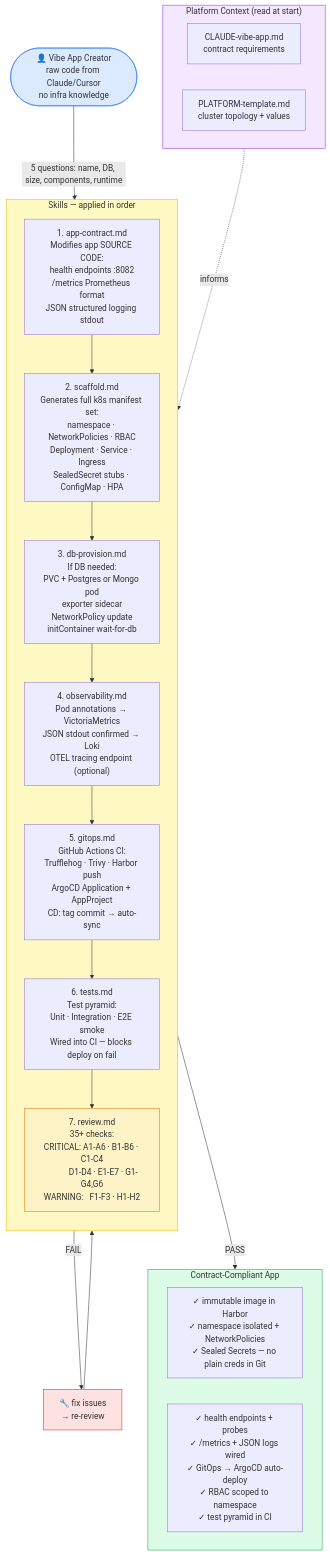
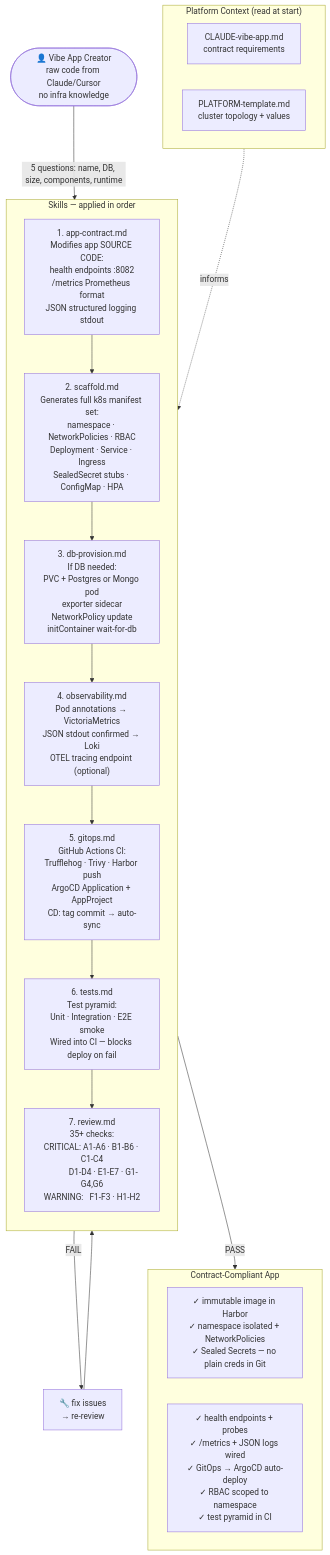
One commit to lorenzogirardi/website changed the sixth of 6 diagrams in content/posts/ai-agentic-development-changes-who-builds-software-and-thats-an-infrastructure-problem.md. Above: the diagram before and after it, drawn with Mermaid. The commit also changed other lines of this file, not shown here.

````diff
--- a/content/posts/ai-agentic-development-changes-who-builds-software-and-thats-an-infrastructure-problem.md
+++ b/content/posts/ai-agentic-development-changes-who-builds-software-and-thats-an-infrastructure-problem.md
@@ -1179,51 +1157,45 @@
 ```mermaid
 flowchart TD
     input(["👤 Vibe App Creator<br/>raw code from Claude/Cursor<br/>no infra knowledge"])
 
     subgraph context["Platform Context (read at start)"]
         cv["CLAUDE-vibe-app.md<br/>contract requirements"]
         pt["PLATFORM-template.md<br/>cluster topology + values"]
     end
 
     input -->|"5 questions: name, DB, size, components, runtime"| s1
 
     subgraph skills["Skills — applied in order"]
         direction TB
 
         s0["1. app-contract.md<br/>Modifies app SOURCE CODE:<br/>health endpoints :8082<br/>/metrics Prometheus format<br/>JSON structured logging stdout"]
 
         s1["2. scaffold.md<br/>Generates full k8s manifest set:<br/>namespace · NetworkPolicies · RBAC<br/>Deployment · Service · Ingress<br/>SealedSecret stubs · ConfigMap · HPA"]
 
         s2["3. db-provision.md<br/>If DB needed:<br/>PVC + Postgres or Mongo pod<br/>exporter sidecar<br/>NetworkPolicy update<br/>initContainer wait-for-db"]
 
         s3["4. observability.md<br/>Pod annotations → VictoriaMetrics<br/>JSON stdout confirmed → Loki<br/>OTEL tracing endpoint (optional)"]
 
         s4["5. gitops.md<br/>GitHub Actions CI:<br/>Trufflehog · Trivy · Harbor push<br/>ArgoCD Application + AppProject<br/>CD: tag commit → auto-sync"]
 
         s_tests["6. tests.md<br/>Test pyramid:<br/>Unit · Integration · E2E smoke<br/>Wired into CI — blocks deploy on fail"]
 
         s5["7. review.md<br/>35+ checks:<br/>CRITICAL: A1-A6 · B1-B6 · C1-C4<br/>           D1-D4 · E1-E7 · G1-G4,G6<br/>WARNING:   F1-F3 · H1-H2"]
 
         s0 --> s1 --> s2 --> s3 --> s4 --> s_tests --> s5
     end
 
     s5 -->|FAIL| fix["🔧 fix issues<br/>→ re-review"]
     fix --> s5
 
     s5 -->|PASS| output
 
     subgraph output["Contract-Compliant App"]
         direction LR
         o1["✓ immutable image in Harbor<br/>✓ namespace isolated + NetworkPolicies<br/>✓ Sealed Secrets — no plain creds in Git"]
         o2["✓ health endpoints + probes<br/>✓ /metrics + JSON logs wired<br/>✓ GitOps → ArgoCD auto-deploy<br/>✓ RBAC scoped to namespace<br/>✓ test pyramid in CI"]
     end
 
     context -.->|informs| skills
 
-    style input fill:#dbeafe,stroke:#3b82f6
-    style context fill:#f3e8ff,stroke:#9333ea
-    style skills fill:#fef9c3,stroke:#eab308
-    style s5 fill:#fef3c7,stroke:#d97706
-    style fix fill:#fee2e2,stroke:#dc2626
-    style output fill:#dcfce7,stroke:#16a34a
 ```
````
